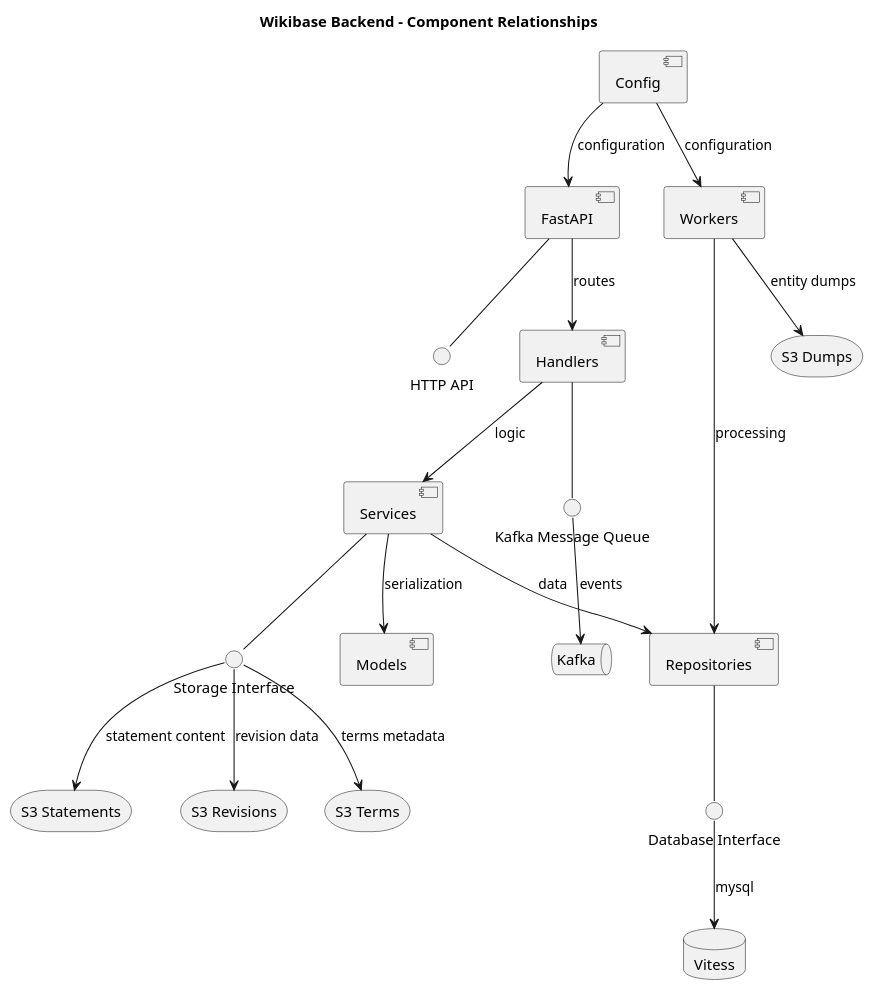
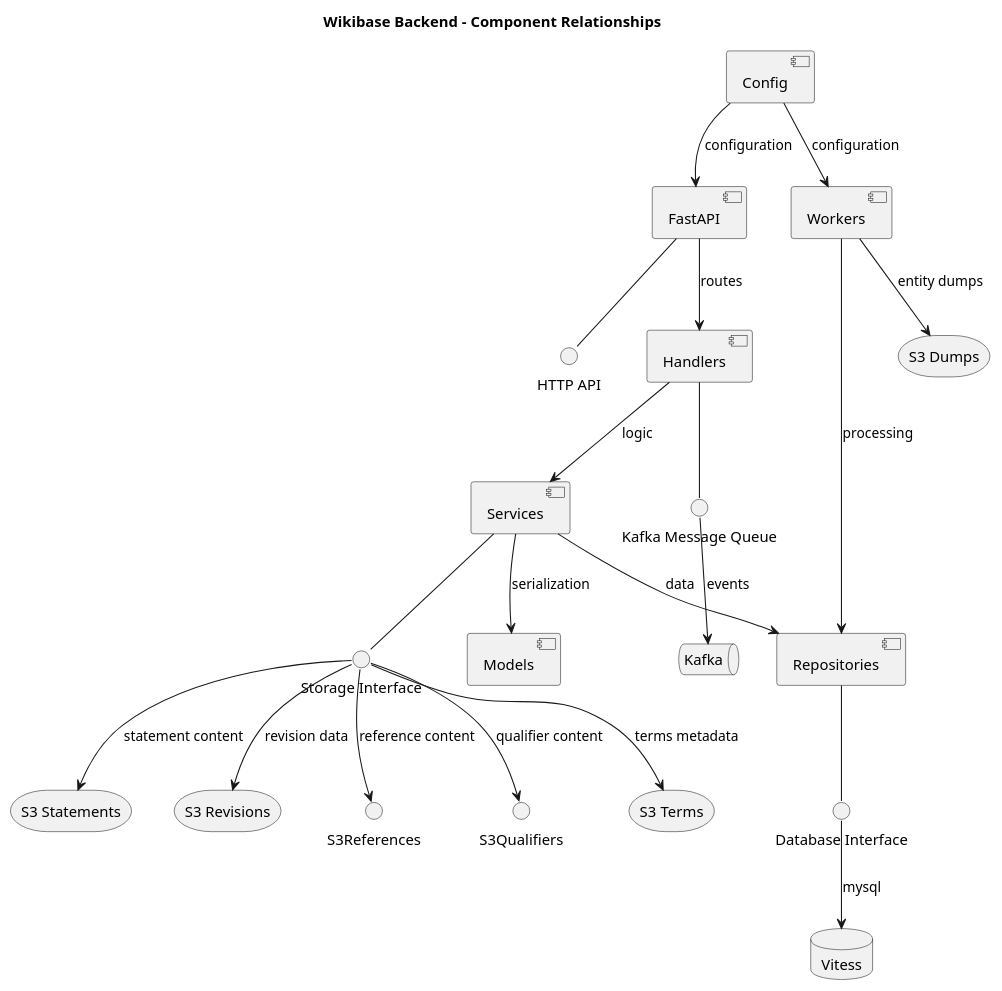
One commit to dpriskorn/entitybase-backend changed the diagram in doc/DIAGRAMS/component_relationships.puml. Above: the diagram before and after it, drawn with PlantUML. The commit also changed 4 other files, not shown here.

Commit message:
Update diagram generation scripts to include new S3 buckets for references and qualifiers

```diff
--- a/doc/DIAGRAMS/component_relationships.puml
+++ b/doc/DIAGRAMS/component_relationships.puml
@@ -1,47 +1,49 @@
 @startuml Component Relationships
 
 title Wikibase Backend - Component Relationships
 
 [FastAPI] as API
 [Handlers] as Handlers
 [Services] as Services
 [Workers] as Workers
 [Repositories] as Repos
 [Models] as Models
 database "Vitess" as Vitess
 storage "S3 Terms" as S3Terms
 storage "S3 Statements" as S3Statements
 storage "S3 Revisions" as S3Revisions
 storage "S3 Dumps" as S3Dumps
 queue "Kafka" as Kafka
 [Config] as Config
 
 () "HTTP API" as HTTP
 () "Database Interface" as DBI
 () "Storage Interface" as SI
 () "Kafka Message Queue" as MQ
 
 ' Architecture layers
 API --> Handlers : routes
 Handlers --> Services : logic
 Services --> Repos : data
 Workers --> Repos : processing
 Services --> Models : serialization
 
 ' External interfaces
 API -- HTTP
 Repos -- DBI
 Services -- SI
 Handlers -- MQ
 
 ' External systems
 DBI --> Vitess : mysql
 SI --> S3Terms : terms metadata
 SI --> S3Statements : statement content
+SI --> S3References : reference content
+SI --> S3Qualifiers : qualifier content
 SI --> S3Revisions : revision data
 Workers --> S3Dumps : entity dumps
 MQ --> Kafka : events
 Config --> API : configuration
 Config --> Workers : configuration
 
 @enduml
```
